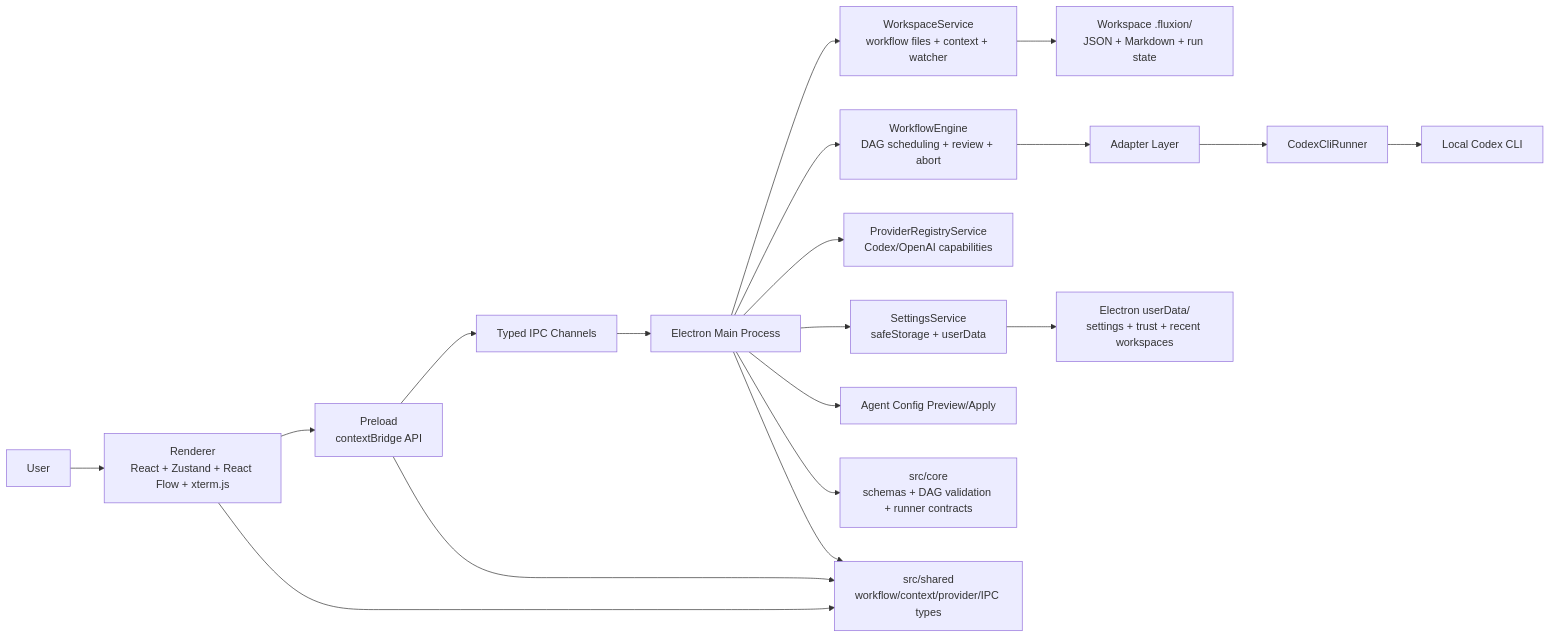
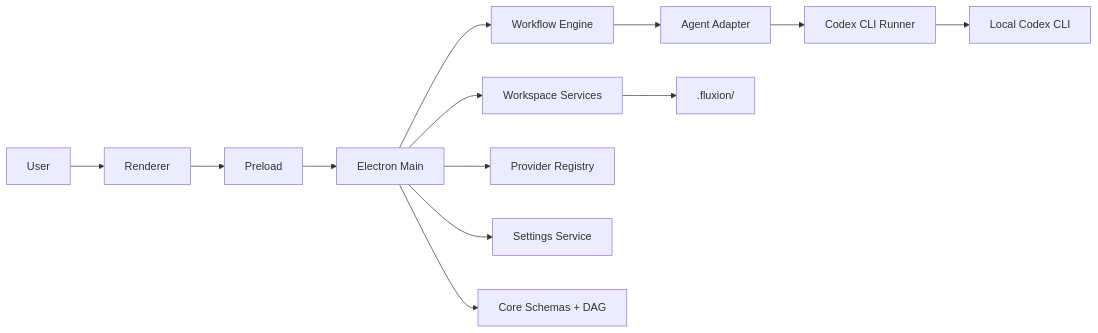
Before and after one commit to KienNT792/Fluxion: the first of 2 diagrams in ARCHITECTURE.md, drawn with Mermaid. The commit also changed other lines of this file and 12 other files, not shown here.

````diff
--- a/ARCHITECTURE.md
+++ b/ARCHITECTURE.md
@@ -22,25 +39,15 @@
 ```mermaid
 flowchart LR
-  User["User"] --> Renderer["Renderer\nReact + Zustand + React Flow + xterm.js"]
-  Renderer --> Preload["Preload\ncontextBridge API"]
-  Preload --> IPC["Typed IPC Channels"]
-  IPC --> Main["Electron Main Process"]
-
-  Main --> Workspace["WorkspaceService\nworkflow files + context + watcher"]
-  Main --> Engine["WorkflowEngine\nDAG scheduling + review + abort"]
-  Main --> Providers["ProviderRegistryService\nCodex/OpenAI capabilities"]
-  Main --> Settings["SettingsService\nsafeStorage + userData"]
-  Main --> AgentExport["Agent Config Preview/Apply"]
-
-  Engine --> Adapter["Adapter Layer"]
-  Adapter --> Runner["CodexCliRunner"]
+  User["User"] --> Renderer["Renderer"]
+  Renderer --> Preload["Preload"]
+  Preload --> Main["Electron Main"]
+  Main --> Workspace["Workspace Services"]
+  Main --> Engine["Workflow Engine"]
+  Main --> Providers["Provider Registry"]
+  Main --> Settings["Settings Service"]
+  Engine --> Adapter["Agent Adapter"]
+  Adapter --> Runner["Codex CLI Runner"]
   Runner --> Codex["Local Codex CLI"]
-
-  Main --> Core["src/core\nschemas + DAG validation + runner contracts"]
-  Renderer --> Shared["src/shared\nworkflow/context/provider/IPC types"]
-  Main --> Shared
-  Preload --> Shared
-
-  Workspace --> WorkspaceData["Workspace .fluxion/\nJSON + Markdown + run state"]
-  Settings --> UserData["Electron userData/\nsettings + trust + recent workspaces"]
+  Main --> Core["Core Schemas + DAG"]
+  Workspace --> FluxionData[".fluxion/"]
 ```
````
